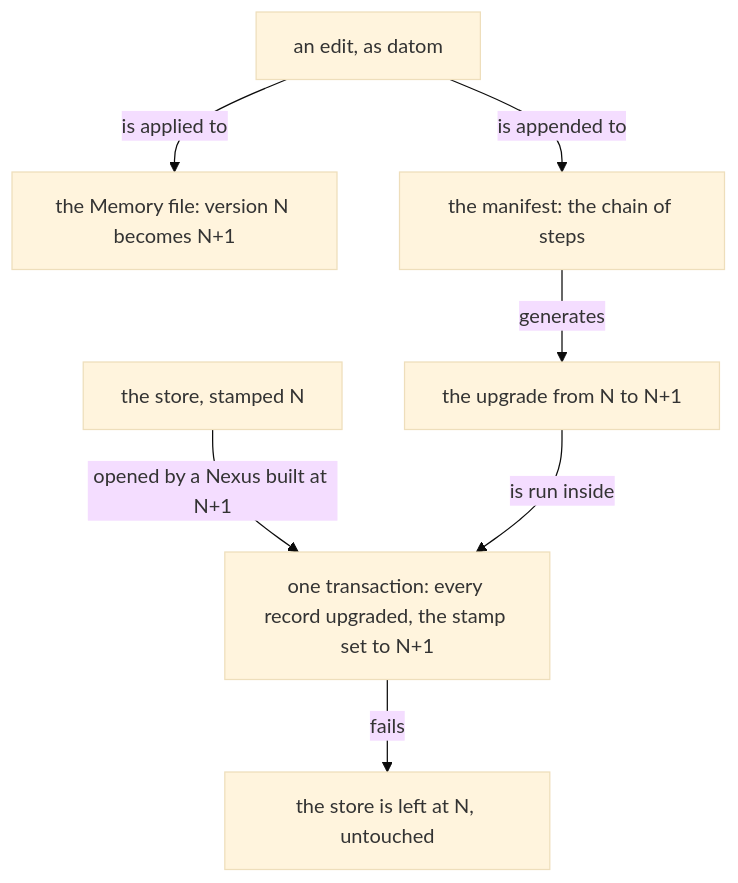
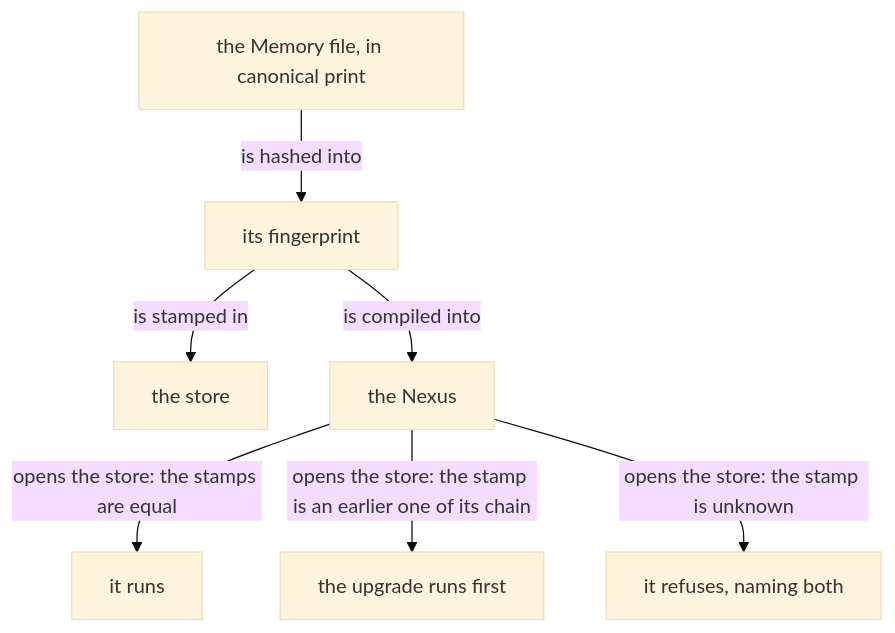
Before and after one commit to LiGoldragon/mind-belief: the second of 3 diagrams in notion/concept-operation/0.md, drawn with Mermaid (base theme). The commit also changed other lines of this file, not shown here.

First line of the commit message:
notion concept-operation 0: pass 2, changes and attempts, fingerprinted store, upgrade as first change, Signal trace (Fable ngvx)

````diff
--- a/notion/concept-operation/0.md
+++ b/notion/concept-operation/0.md
@@ -120,9 +106,9 @@
 ```mermaid
 flowchart TB
-    e["an edit, as datom"] -- "is applied to" --> f["the Memory file: version N becomes N+1"]
-    e -- "is appended to" --> m["the manifest: the chain of steps"]
-    m -- "generates" --> u["the upgrade from N to N+1"]
-    s["the store, stamped N"] -- "opened by a Nexus built at N+1" --> x["one transaction: every record upgraded, the stamp set to N+1"]
-    u -- "is run inside" --> x
-    x -- "fails" --> k["the store is left at N, untouched"]
+    e["the Memory file, in canonical print"] -- "is hashed into" --> f["its fingerprint"]
+    f -- "is stamped in" --> s["the store"]
+    f -- "is compiled into" --> n["the Nexus"]
+    n -- "opens the store: the stamps are equal" --> o["it runs"]
+    n -- "opens the store: the stamp is an earlier one of its chain" --> u["the upgrade runs first"]
+    n -- "opens the store: the stamp is unknown" --> r["it refuses, naming both"]
 ```
````
